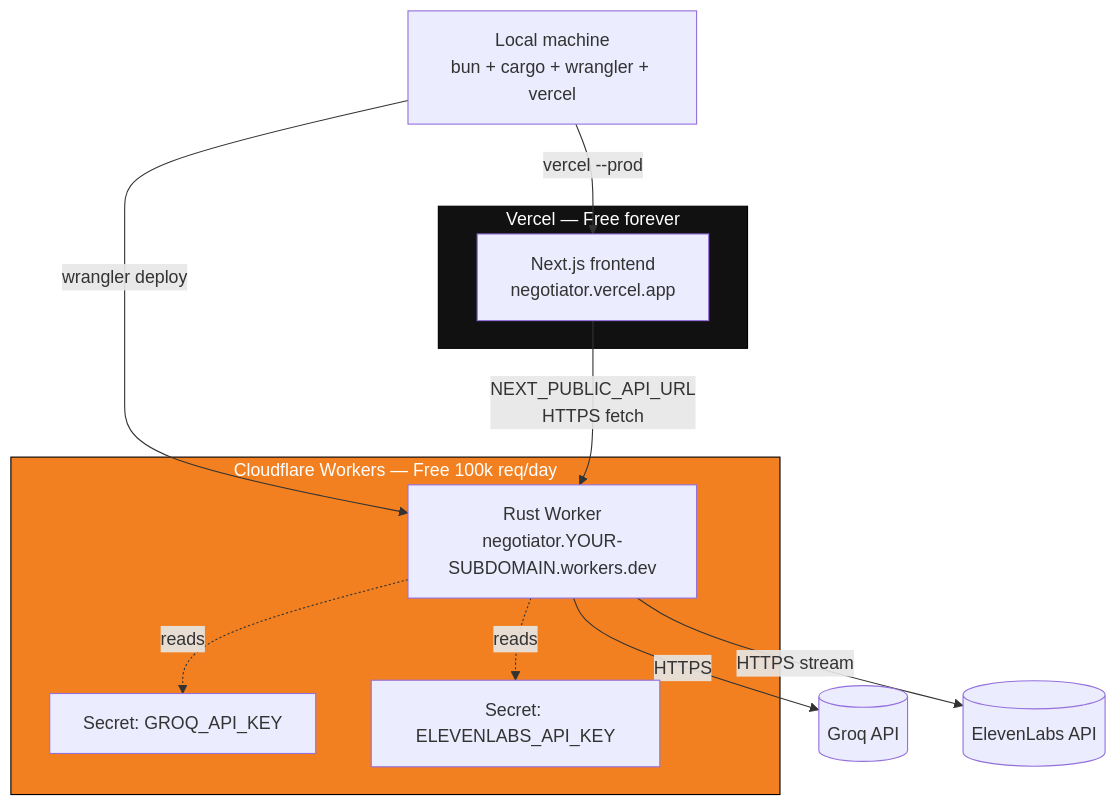
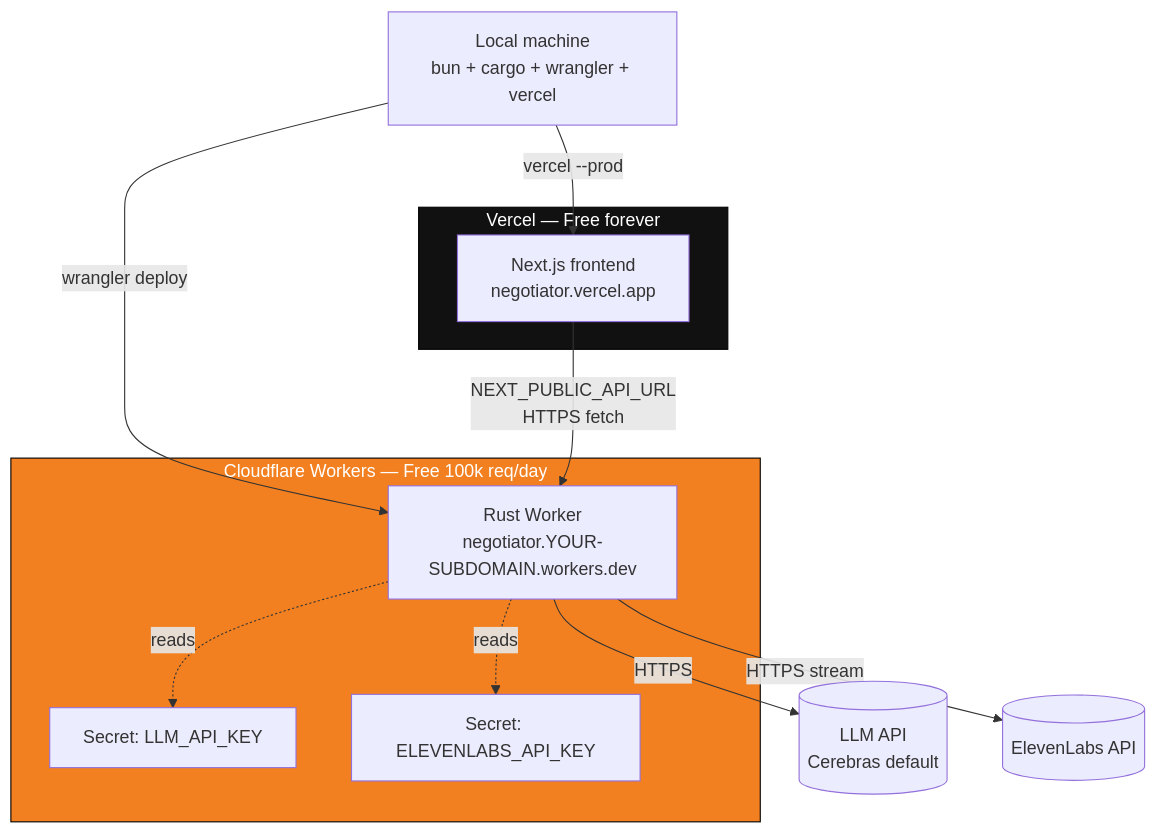
One commit to AnkanMisra/Negotiator changed the second of 2 diagrams in docs/DEPLOYMENT.md. Above: the diagram before and after it, drawn with Mermaid. The commit also changed other lines of this file and 16 other files, not shown here.

````diff
--- a/docs/DEPLOYMENT.md
+++ b/docs/DEPLOYMENT.md
@@ -30,26 +30,26 @@
 ```mermaid
 flowchart TB
     DEV[Local machine<br/>bun + cargo + wrangler + vercel]
 
     subgraph vercel[Vercel — Free forever]
         FE[Next.js frontend<br/>negotiator.vercel.app]
     end
 
     subgraph cf[Cloudflare Workers — Free 100k req/day]
         BE[Rust Worker<br/>negotiator.YOUR-SUBDOMAIN.workers.dev]
-        SEC1[Secret: GROQ_API_KEY]
+        SEC1[Secret: LLM_API_KEY]
         SEC2[Secret: ELEVENLABS_API_KEY]
         BE -.reads.-> SEC1
         BE -.reads.-> SEC2
     end
 
     DEV -->|vercel --prod| FE
     DEV -->|wrangler deploy| BE
 
     FE -->|NEXT_PUBLIC_API_URL<br/>HTTPS fetch| BE
-    BE -->|HTTPS| GROQ[(Groq API)]
+    BE -->|HTTPS| LLM[(LLM API<br/>Cerebras default)]
     BE -->|HTTPS stream| EL[(ElevenLabs API)]
 
     style vercel fill:#111,stroke:#000,color:#fff
     style cf fill:#f38020,stroke:#000,color:#fff
 ```
````
